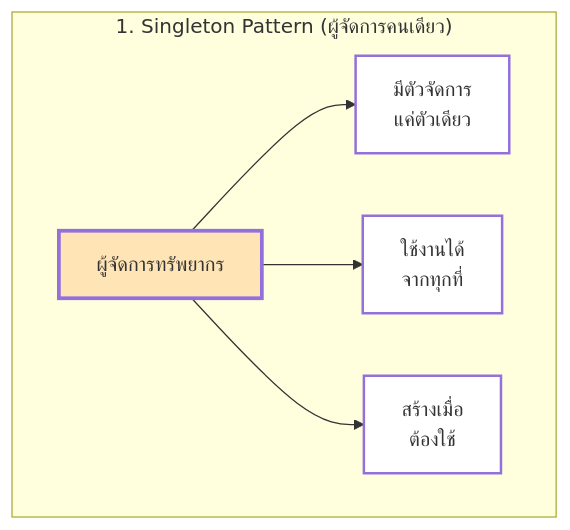
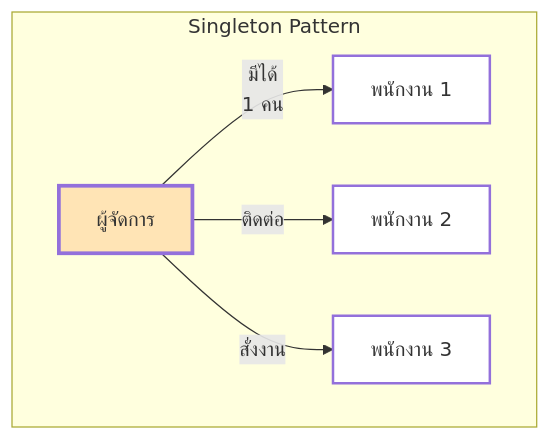
Diagram 21 of 30 in Week07-ESP-Components.md (thepthut/Lab-07-ESP32-Components), drawn with Mermaid before and after one commit. The commit also changed other lines of this file, not shown here.

Commit message:
Enhance Week 07 documentation by adding detailed explanations and flowcharts for common Component design patterns, including Singleton, Factory, Observer, and Strategy patterns.

````diff
--- a/Week07-ESP-Components.md
+++ b/Week07-ESP-Components.md
@@ -723,14 +728,12 @@
 ```mermaid
-graph TD
-    subgraph "1. Singleton Pattern (ผู้จัดการคนเดียว)"
-        A[ผู้จัดการทรัพยากร] --> A1[มีตัวจัดการ<br/>แค่ตัวเดียว]
-        A --> A2[ใช้งานได้<br/>จากทุกที่]
-        A --> A3[สร้างเมื่อ<br/>ต้องใช้]
+flowchart TD
+    subgraph Singleton[Singleton Pattern]
+        PM[ผู้จัดการ] --> |มีได้<br>1 คน| W1[พนักงาน 1]
+        PM --> |ติดต่อ| W2[พนักงาน 2]
+        PM --> |สั่งงาน| W3[พนักงาน 3]
     end
-    
-    style A fill:#FFE4B5,stroke-width:3px
-    style A1 fill:#fff,stroke-width:2px
-    style A2 fill:#fff,stroke-width:2px
-    style A3 fill:#fff,stroke-width:2px
-
+    style PM fill:#FFE4B5,stroke-width:3px
+    style W1 fill:#fff,stroke-width:2px
+    style W2 fill:#fff,stroke-width:2px
+    style W3 fill:#fff,stroke-width:2px
 ```
````
